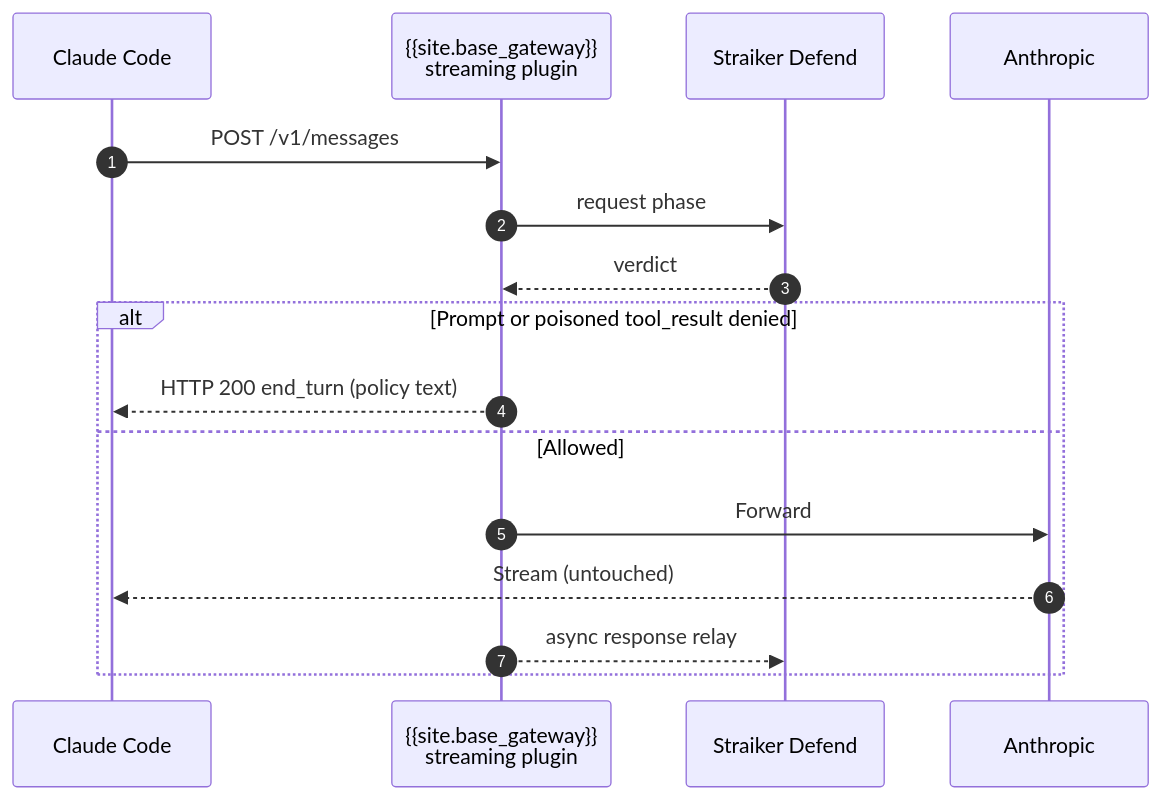
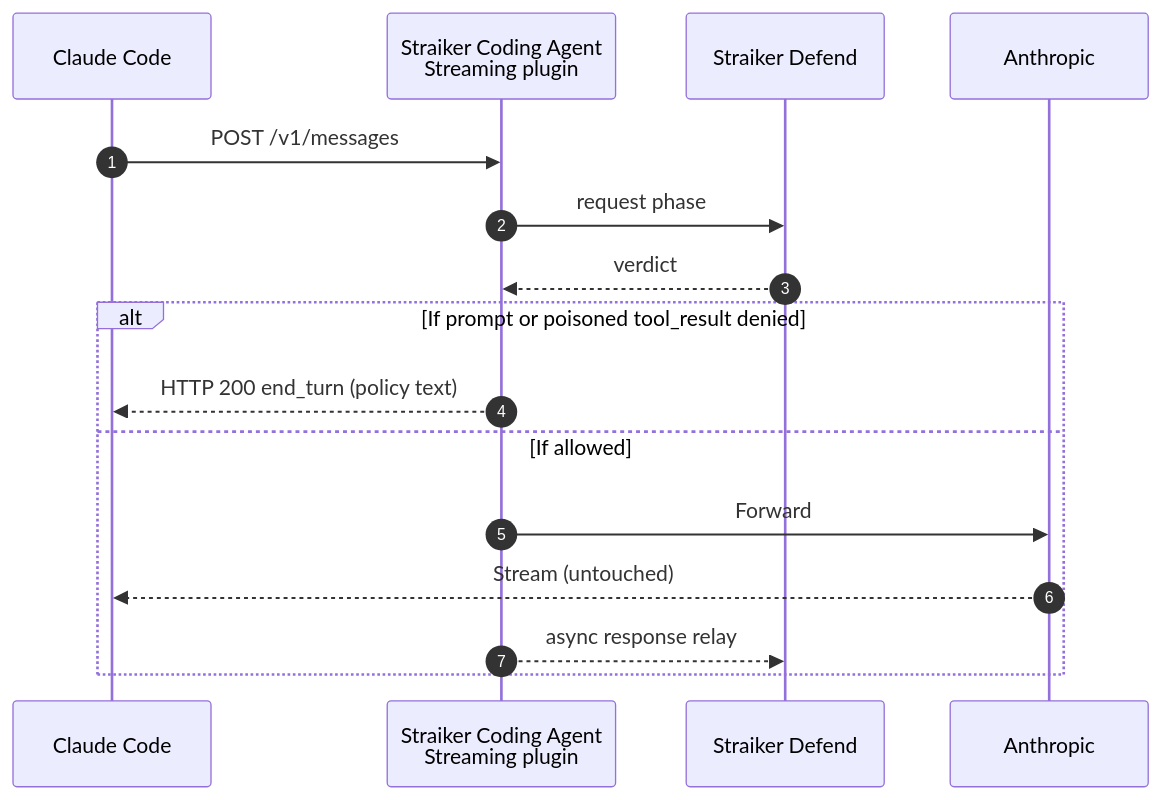
One commit to Kong/developer.konghq.com changed the second of 2 diagrams in app/_kong_plugins/straiker-coding-agent-streaming/index.md. Above: the diagram before and after it, drawn with Mermaid. The commit also changed other lines of this file and 5 other files, not shown here.

```diff
--- a/app/_kong_plugins/straiker-coding-agent-streaming/index.md
+++ b/app/_kong_plugins/straiker-coding-agent-streaming/index.md
@@ -94,19 +94,19 @@
 {% mermaid %}
 sequenceDiagram
     autonumber
     participant Agent as Claude Code
-    participant Plugin as {{site.base_gateway}}<br/>streaming plugin
+    participant Plugin as Straiker Coding Agent<br/>Streaming plugin
     participant Defend as Straiker Defend
     participant LLM as Anthropic
 
     Agent->>Plugin: POST /v1/messages
     Plugin->>Defend: request phase
     Defend-->>Plugin: verdict
-    alt Prompt or poisoned tool_result denied
+    alt If prompt or poisoned tool_result denied
         Plugin-->>Agent: HTTP 200 end_turn (policy text)
-    else Allowed
+    else If allowed
         Plugin->>LLM: Forward
         LLM-->>Agent: Stream (untouched)
         Plugin-->>Defend: async response relay
     end
 {% endmermaid %}
```
